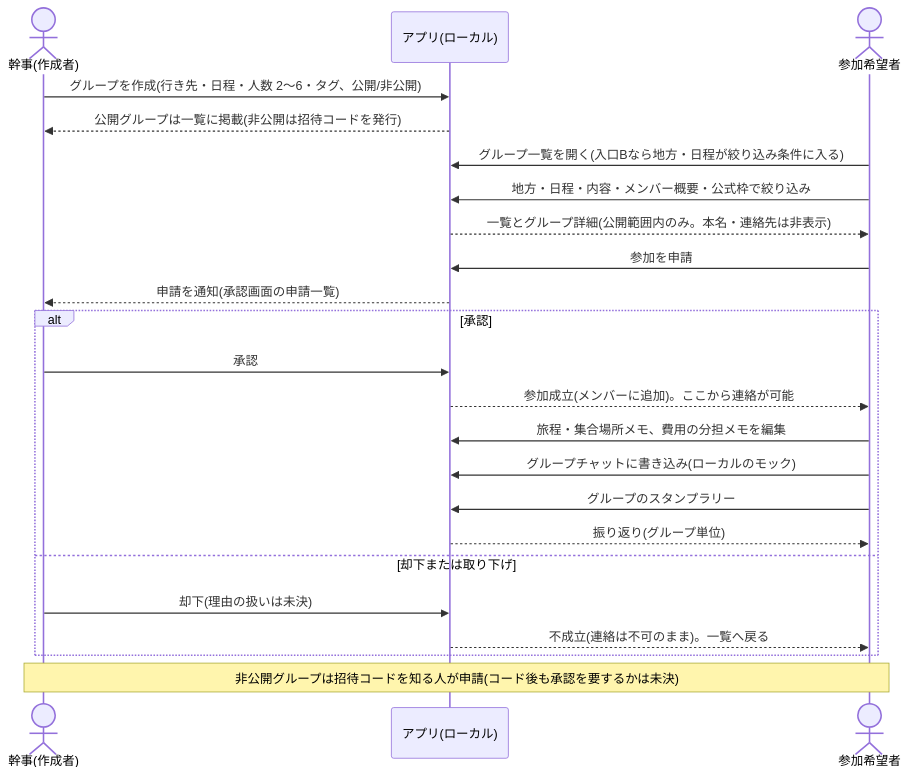
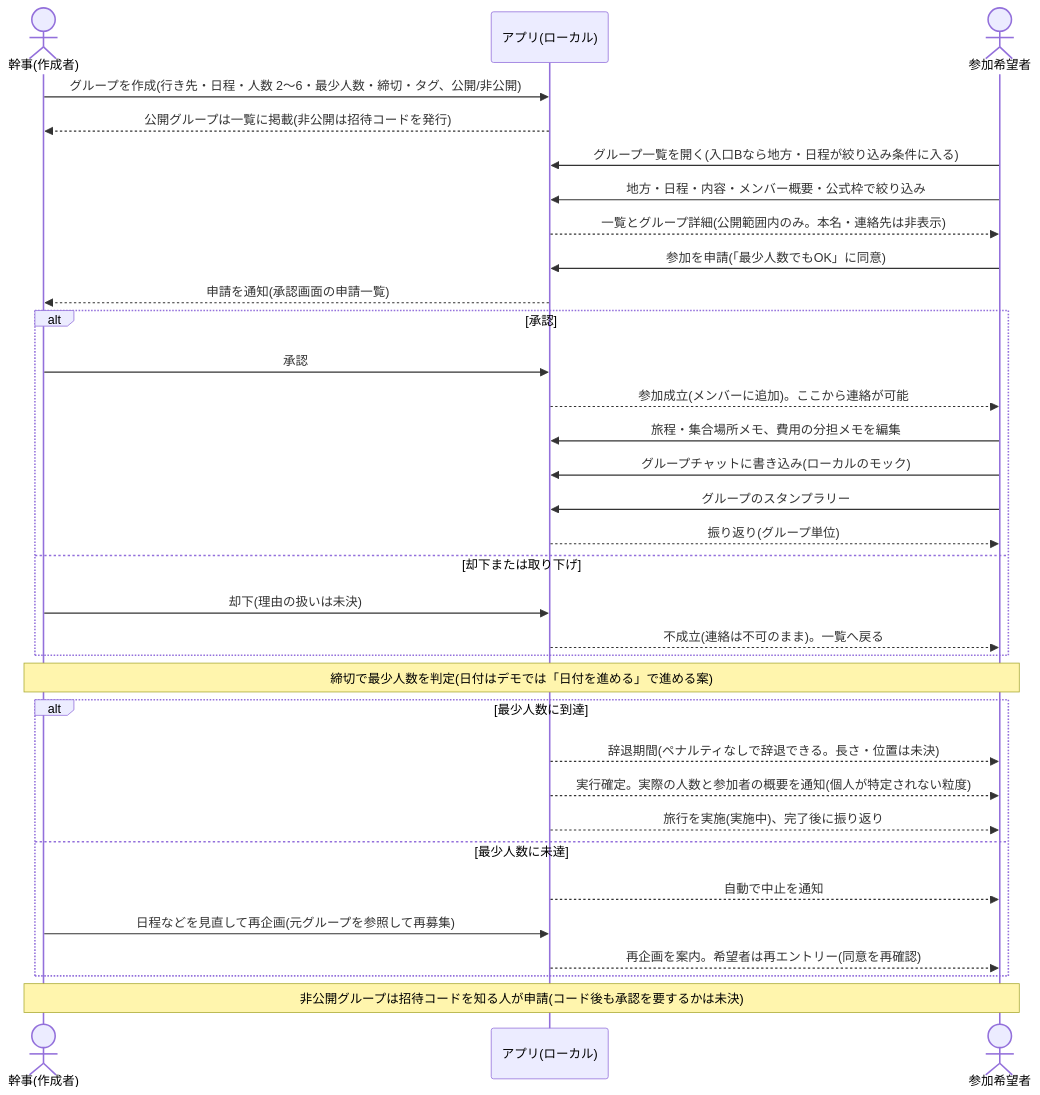
The second of 2 diagrams in docs/design/01-overview.md (masahirosako1005/MC-006), drawn with Mermaid before and after one commit. The commit also changed other lines of this file and 22 other files, not shown here.

````diff
--- a/docs/design/01-overview.md
+++ b/docs/design/01-overview.md
@@ -154,25 +159,35 @@
 ```mermaid
 sequenceDiagram
   actor K as 幹事(作成者)
   participant S as アプリ(ローカル)
   actor A as 参加希望者
-  K->>S: グループを作成(行き先・日程・人数 2〜6・タグ、公開/非公開)
+  K->>S: グループを作成(行き先・日程・人数 2〜6・最少人数・締切・タグ、公開/非公開)
   S-->>K: 公開グループは一覧に掲載(非公開は招待コードを発行)
   A->>S: グループ一覧を開く(入口Bなら地方・日程が絞り込み条件に入る)
   A->>S: 地方・日程・内容・メンバー概要・公式枠で絞り込み
   S-->>A: 一覧とグループ詳細(公開範囲内のみ。本名・連絡先は非表示)
-  A->>S: 参加を申請
+  A->>S: 参加を申請(「最少人数でもOK」に同意)
   S-->>K: 申請を通知(承認画面の申請一覧)
   alt 承認
     K->>S: 承認
     S-->>A: 参加成立(メンバーに追加)。ここから連絡が可能
     A->>S: 旅程・集合場所メモ、費用の分担メモを編集
     A->>S: グループチャットに書き込み(ローカルのモック)
     A->>S: グループのスタンプラリー
     S-->>A: 振り返り(グループ単位)
   else 却下または取り下げ
     K->>S: 却下(理由の扱いは未決)
     S-->>A: 不成立(連絡は不可のまま)。一覧へ戻る
   end
+  Note over K,A: 締切で最少人数を判定(日付はデモでは「日付を進める」で進める案)
+  alt 最少人数に到達
+    S-->>A: 辞退期間(ペナルティなしで辞退できる。長さ・位置は未決)
+    S-->>A: 実行確定。実際の人数と参加者の概要を通知(個人が特定されない粒度)
+    S-->>A: 旅行を実施(実施中)、完了後に振り返り
+  else 最少人数に未達
+    S-->>A: 自動で中止を通知
+    K->>S: 日程などを見直して再企画(元グループを参照して再募集)
+    S-->>A: 再企画を案内。希望者は再エントリー(同意を再確認)
+  end
   Note over K,A: 非公開グループは招待コードを知る人が申請(コード後も承認を要するかは未決)
 ```
````
